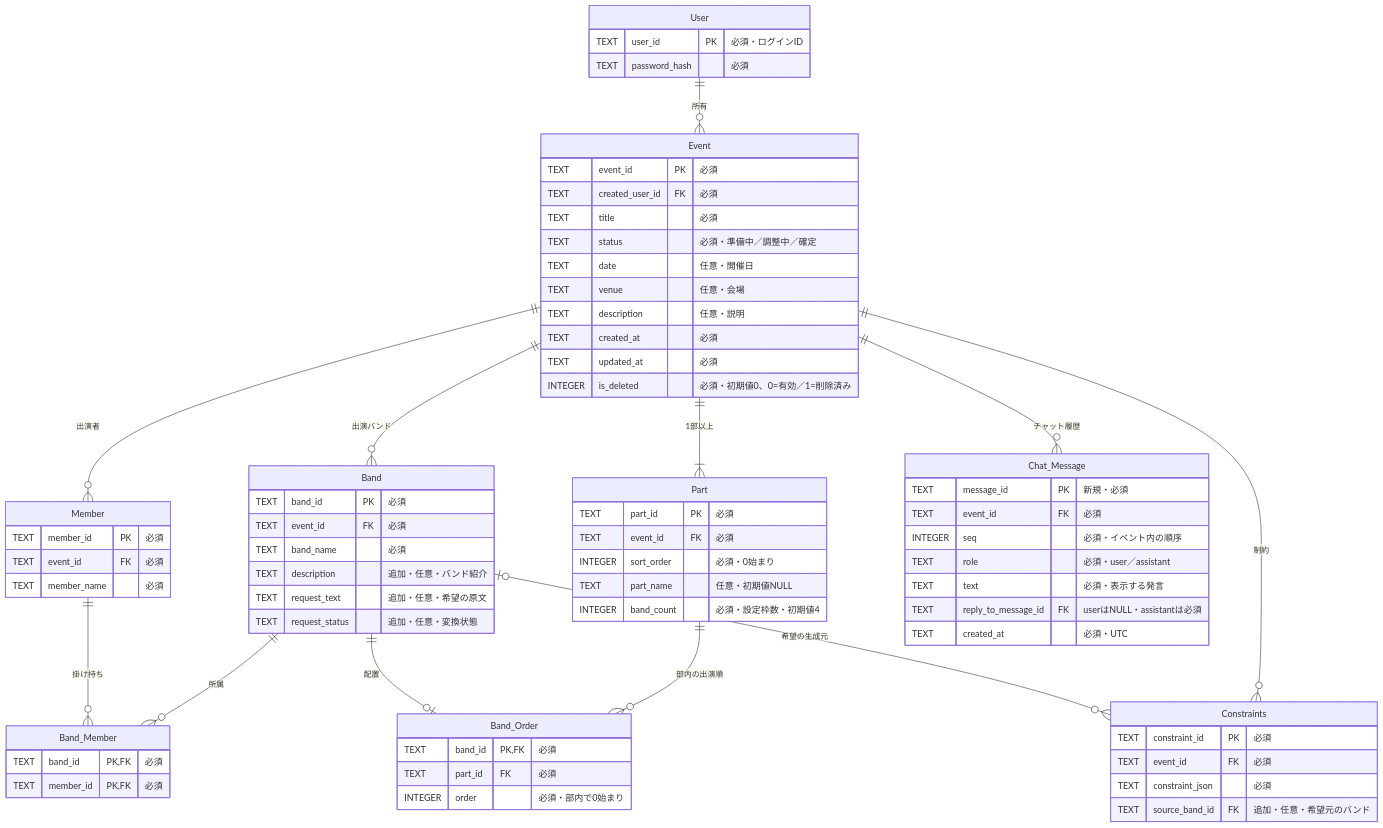
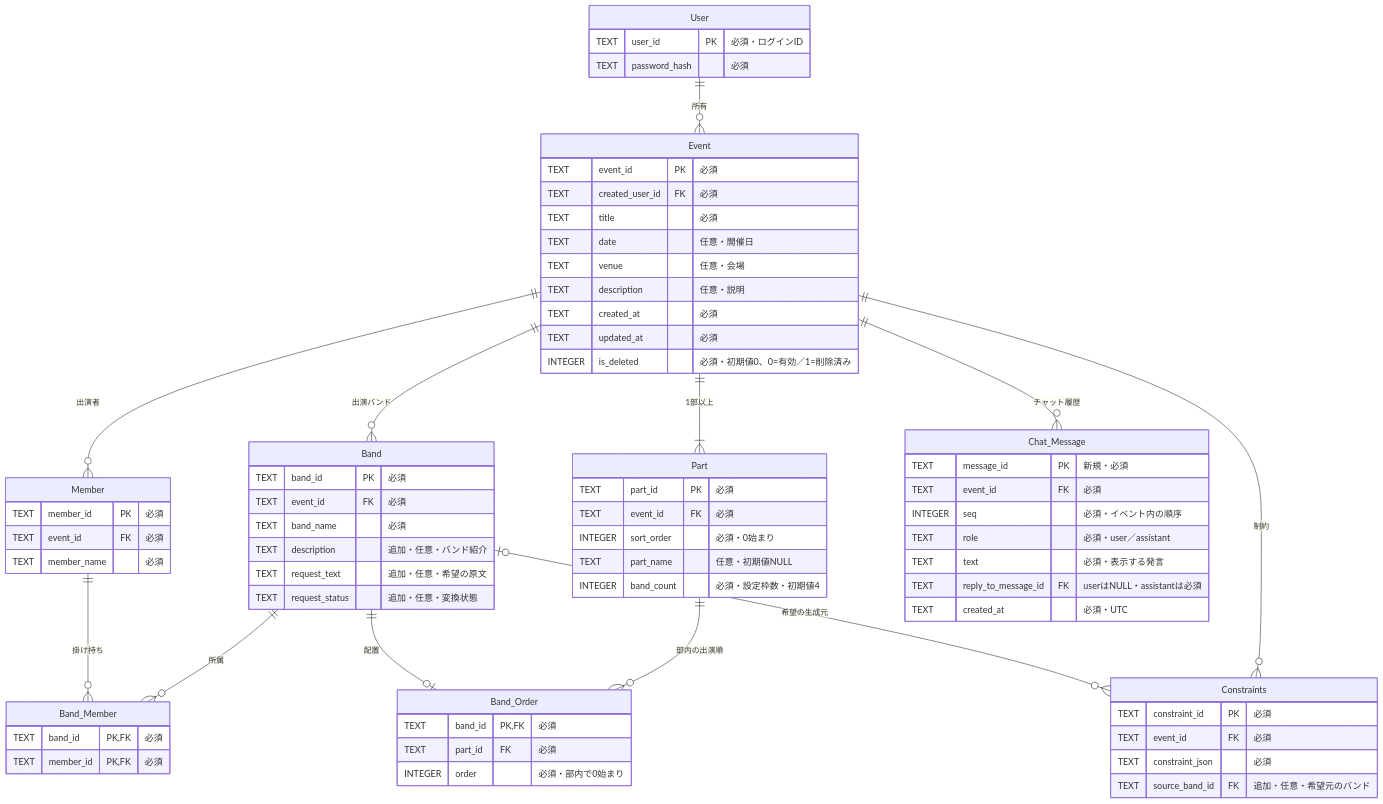
Before and after one commit to jphacks/tka_2604: the diagram in docs/database.md, drawn with Mermaid. The commit also changed other lines of this file and 32 other files, not shown here.

````diff
--- a/docs/database.md
+++ b/docs/database.md
@@ -24,75 +24,74 @@
 ```mermaid
 erDiagram
     User ||--o{ Event : "所有"
     Event ||--o{ Band : "出演バンド"
     Event ||--o{ Member : "出演者"
     Event ||--|{ Part : "1部以上"
     Event ||--o{ Constraints : "制約"
     Band ||--o{ Band_Member : "所属"
     Member ||--o{ Band_Member : "掛け持ち"
     Part ||--o{ Band_Order : "部内の出演順"
     Band ||--o| Band_Order : "配置"
     Band |o--o{ Constraints : "希望の生成元"
     Event ||--o{ Chat_Message : "チャット履歴"
 
     User {
         TEXT user_id PK "必須・ログインID"
         TEXT password_hash "必須"
     }
     Event {
         TEXT event_id PK "必須"
         TEXT created_user_id FK "必須"
         TEXT title "必須"
-        TEXT status "必須・準備中／調整中／確定"
         TEXT date "任意・開催日"
         TEXT venue "任意・会場"
         TEXT description "任意・説明"
         TEXT created_at "必須"
         TEXT updated_at "必須"
         INTEGER is_deleted "必須・初期値0、0=有効／1=削除済み"
     }
     Band {
         TEXT band_id PK "必須"
         TEXT event_id FK "必須"
         TEXT band_name "必須"
         TEXT description "追加・任意・バンド紹介"
         TEXT request_text "追加・任意・希望の原文"
         TEXT request_status "追加・任意・変換状態"
     }
     Member {
         TEXT member_id PK "必須"
         TEXT event_id FK "必須"
         TEXT member_name "必須"
     }
     Band_Member {
         TEXT band_id PK, FK "必須"
         TEXT member_id PK, FK "必須"
     }
     Part {
         TEXT part_id PK "必須"
         TEXT event_id FK "必須"
         INTEGER sort_order "必須・0始まり"
         TEXT part_name "任意・初期値NULL"
         INTEGER band_count "必須・設定枠数・初期値4"
     }
     Band_Order {
         TEXT band_id PK, FK "必須"
         TEXT part_id FK "必須"
         INTEGER order "必須・部内で0始まり"
     }
     Constraints {
         TEXT constraint_id PK "必須"
         TEXT event_id FK "必須"
         TEXT constraint_json "必須"
         TEXT source_band_id FK "追加・任意・希望元のバンド"
     }
     Chat_Message {
         TEXT message_id PK "新規・必須"
         TEXT event_id FK "必須"
         INTEGER seq "必須・イベント内の順序"
         TEXT role "必須・user／assistant"
         TEXT text "必須・表示する発言"
         TEXT reply_to_message_id FK "userはNULL・assistantは必須"
         TEXT created_at "必須・UTC"
     }
 ```
````
